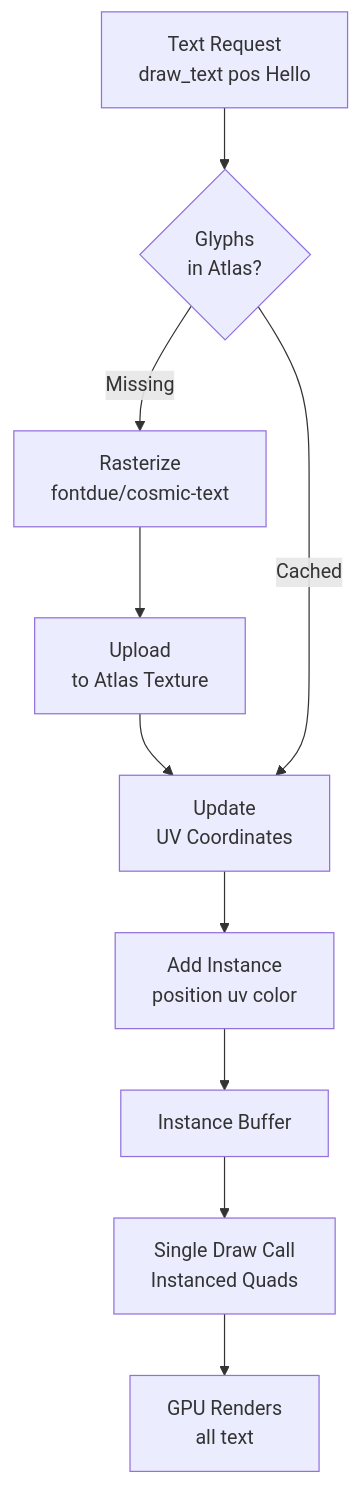
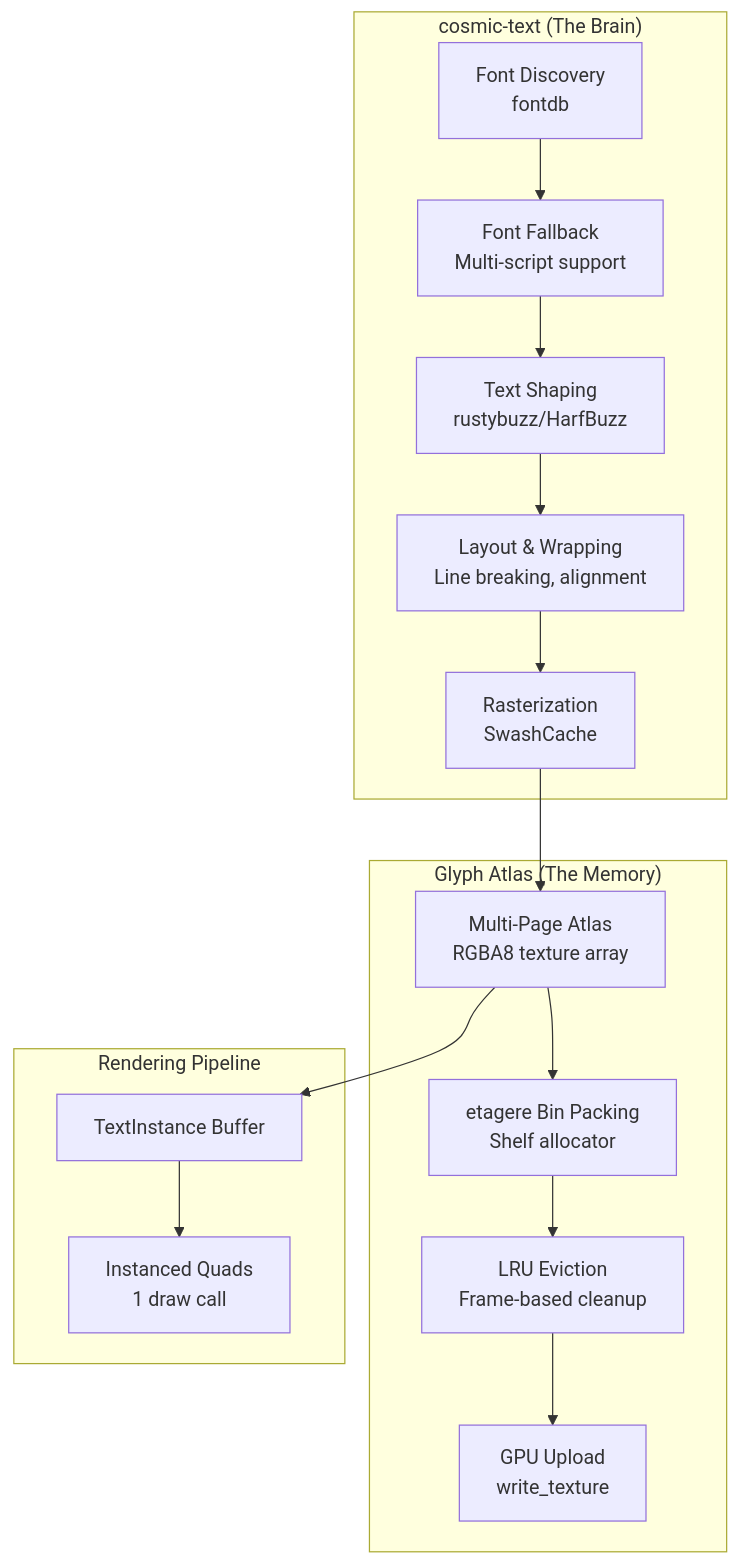
The eighth of 9 diagrams in ARCHITECTURE.md (shi-yan/AssortedWidgets), drawn with Mermaid before and after one commit. The commit also changed other lines of this file and 2 other files, not shown here.

Commit message:
update text plan

````diff
--- a/ARCHITECTURE.md
+++ b/ARCHITECTURE.md
@@ -1614,16 +1616,27 @@
 ```mermaid
 graph TB
-    A[Text Request<br/>draw_text pos Hello] --> B{Glyphs<br/>in Atlas?}
+    subgraph "cosmic-text (The Brain)"
+        A[Font Discovery<br/>fontdb]
+        B[Font Fallback<br/>Multi-script support]
+        C[Text Shaping<br/>rustybuzz/HarfBuzz]
+        D[Layout & Wrapping<br/>Line breaking, alignment]
+        E[Rasterization<br/>SwashCache]
+    end
 
-    B -->|Missing| C[Rasterize<br/>fontdue/cosmic-text]
-    C --> D[Upload<br/>to Atlas Texture]
-    D --> E[Update<br/>UV Coordinates]
+    subgraph "Glyph Atlas (The Memory)"
+        F[Multi-Page Atlas<br/>RGBA8 texture array]
+        G[etagere Bin Packing<br/>Shelf allocator]
+        H[LRU Eviction<br/>Frame-based cleanup]
+        I[GPU Upload<br/>write_texture]
+    end
 
-    B -->|Cached| E
+    subgraph "Rendering Pipeline"
+        J[TextInstance Buffer]
+        K[Instanced Quads<br/>1 draw call]
+    end
 
-    E --> F[Add Instance<br/>position uv color]
-    F --> G[Instance Buffer]
-
-    G --> H[Single Draw Call<br/>Instanced Quads]
-    H --> I[GPU Renders<br/>all text]
+    A --> B --> C --> D --> E
+    E --> F
+    F --> G --> H --> I
+    F --> J --> K
 ```
````
